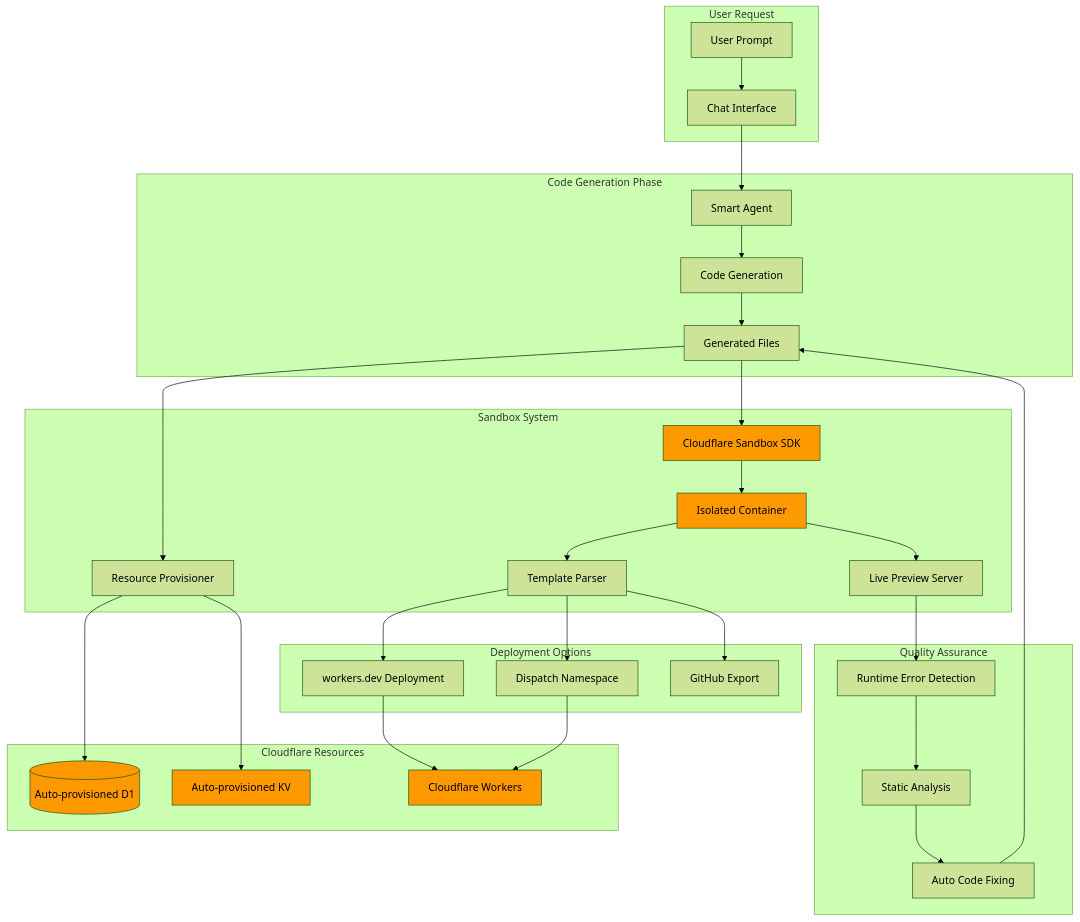
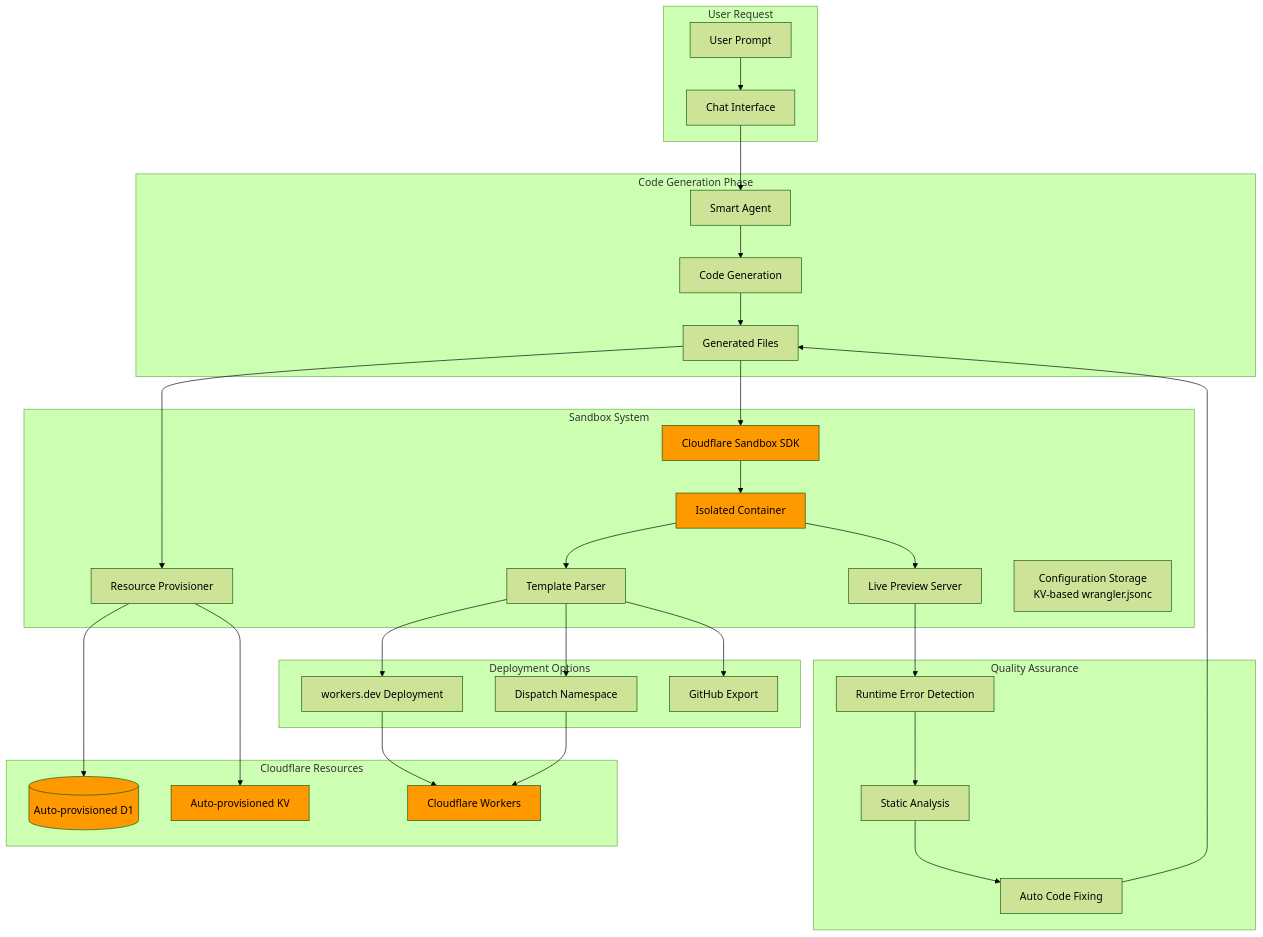
One commit to edmarquezinfo-hue/hack-vibe-code changed the fifth of 9 diagrams in architecture-diagrams.md. Above: the diagram before and after it, drawn with Mermaid (forest theme). The commit also changed 6 other files, not shown here.

````diff
--- a/architecture-diagrams.md
+++ b/architecture-diagrams.md
@@ -352,71 +352,72 @@
 ```mermaid
 graph TD
     subgraph "User Request"
         UserInput[User Prompt]
         ChatInterface[Chat Interface]
     end
     
     subgraph "Code Generation Phase"
         Agent[Smart Agent]
         CodeGen[Code Generation]
         FileSystem[Generated Files]
     end
     
     subgraph "Sandbox System"
         SandboxSDK[Cloudflare Sandbox SDK]
         Container[Isolated Container]
         LivePreview[Live Preview Server]
         ResourceProv[Resource Provisioner]
         TemplateParser[Template Parser]
+        ConfigKV[Configuration Storage<br/>KV-based wrangler.jsonc]
     end
     
     subgraph "Quality Assurance"
         RuntimeCheck[Runtime Error Detection]
         StaticAnalysis[Static Analysis]
         CodeFixer[Auto Code Fixing]
     end
     
     subgraph "Deployment Options"
         WorkersDev[workers.dev Deployment]
         DispatchNamespace[Dispatch Namespace]
         GitHubExport[GitHub Export]
     end
     
     subgraph "Cloudflare Resources"
         D1DB[(Auto-provisioned D1)]
         KVStore[Auto-provisioned KV]
         CFWorkers[Cloudflare Workers]
     end
     
     UserInput --> ChatInterface
     ChatInterface --> Agent
     Agent --> CodeGen
     CodeGen --> FileSystem
     
     FileSystem --> SandboxSDK
     SandboxSDK --> Container
     Container --> LivePreview
     
     LivePreview --> RuntimeCheck
     RuntimeCheck --> StaticAnalysis
     StaticAnalysis --> CodeFixer
     CodeFixer --> FileSystem
     
     FileSystem --> ResourceProv
     ResourceProv --> D1DB
     ResourceProv --> KVStore
     
     Container --> TemplateParser
     TemplateParser --> WorkersDev
     TemplateParser --> DispatchNamespace
     TemplateParser --> GitHubExport
     
     WorkersDev --> CFWorkers
     DispatchNamespace --> CFWorkers
     
     style SandboxSDK fill:#ff9900
     style Container fill:#ff9900
     style D1DB fill:#ff9900
     style KVStore fill:#ff9900
     style CFWorkers fill:#ff9900
 ```
````
